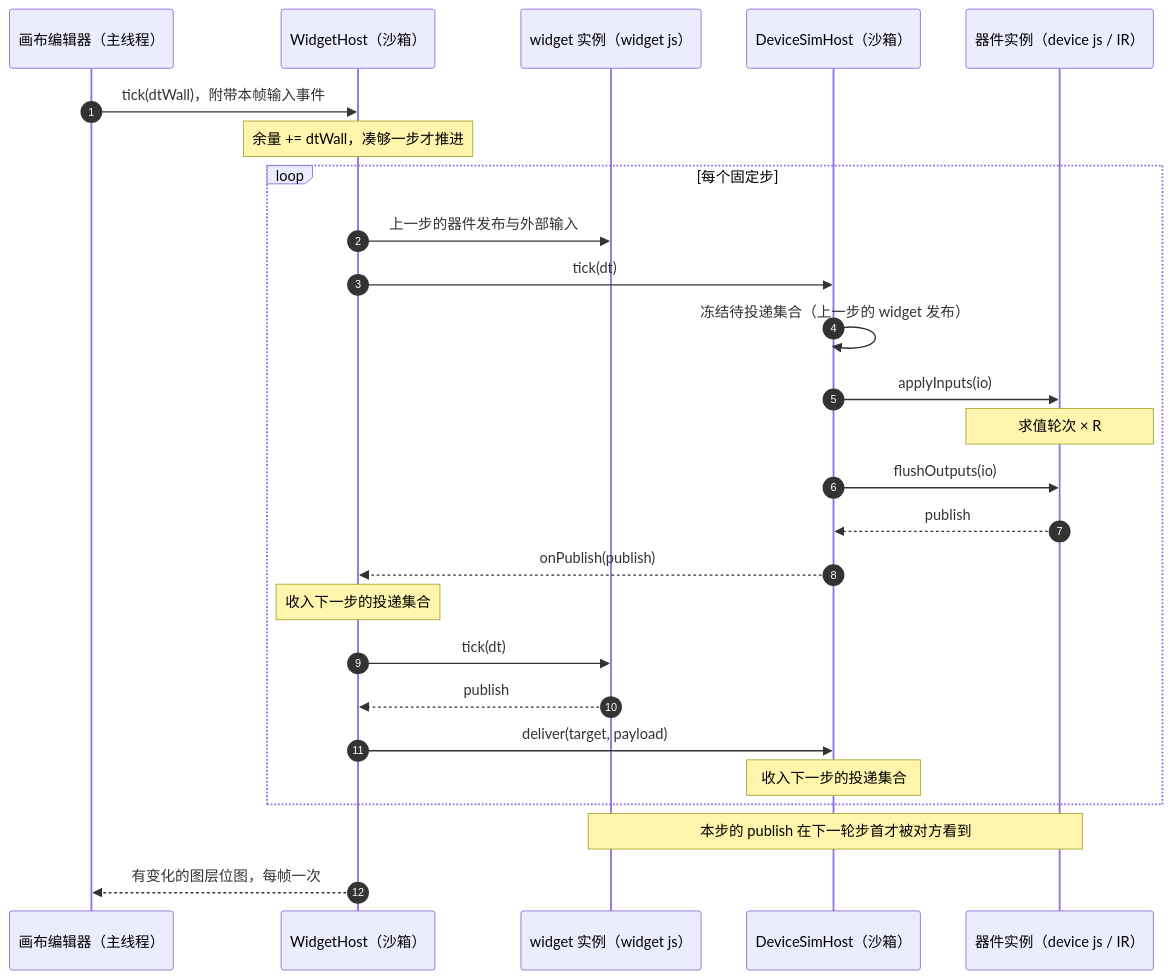
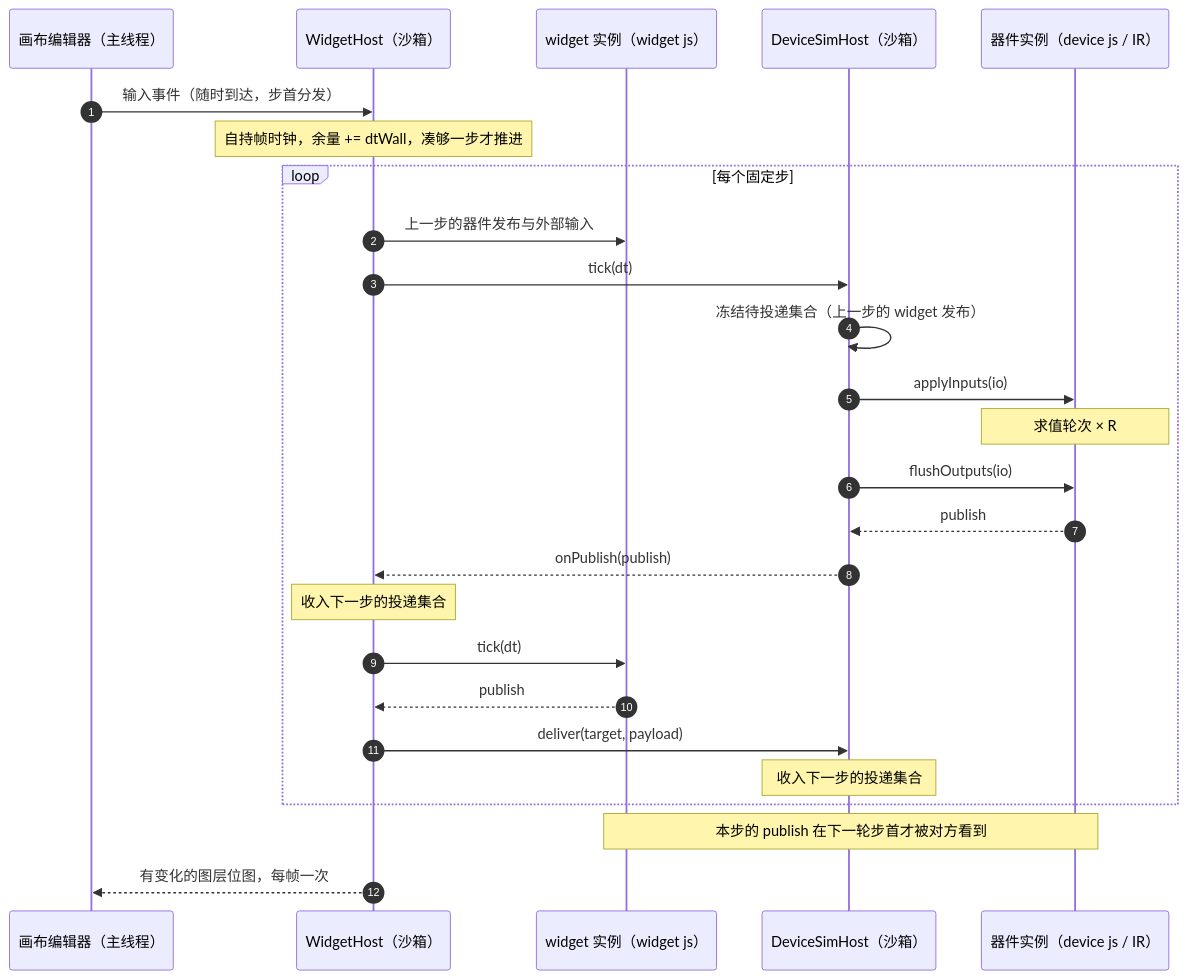
Before and after one commit to x-botlab/mica-js: the diagram in docs/rfc/0018-canvas-runtime.md, drawn with Mermaid. The commit also changed other lines of this file, not shown here.

````diff
--- a/docs/rfc/0018-canvas-runtime.md
+++ b/docs/rfc/0018-canvas-runtime.md
@@ -134,31 +136,31 @@
 ```mermaid
 sequenceDiagram
     autonumber
     participant E as 画布编辑器（主线程）
     participant WH as WidgetHost（沙箱）
     participant WJ as widget 实例（widget js）
     participant DS as DeviceSimHost（沙箱）
     participant DJ as 器件实例（device js / IR）
 
-    E->>WH: tick(dtWall)，附带本帧输入事件
-    Note over WH: 余量 += dtWall，凑够一步才推进
+    E->>WH: 输入事件（随时到达，步首分发）
+    Note over WH: 自持帧时钟，余量 += dtWall，凑够一步才推进
 
     loop 每个固定步
         WH->>WJ: 上一步的器件发布与外部输入
         WH->>DS: tick(dt)
         DS->>DS: 冻结待投递集合（上一步的 widget 发布）
         DS->>DJ: applyInputs(io)
         Note over DJ: 求值轮次 × R
         DS->>DJ: flushOutputs(io)
         DJ-->>DS: publish
         DS-->>WH: onPublish(publish)
         Note over WH: 收入下一步的投递集合
         WH->>WJ: tick(dt)
         WJ-->>WH: publish
         WH->>DS: deliver(target, payload)
         Note over DS: 收入下一步的投递集合
     end
 
     Note over WJ,DJ: 本步的 publish 在下一轮步首才被对方看到
     WH-->>E: 有变化的图层位图，每帧一次
 ```
````
